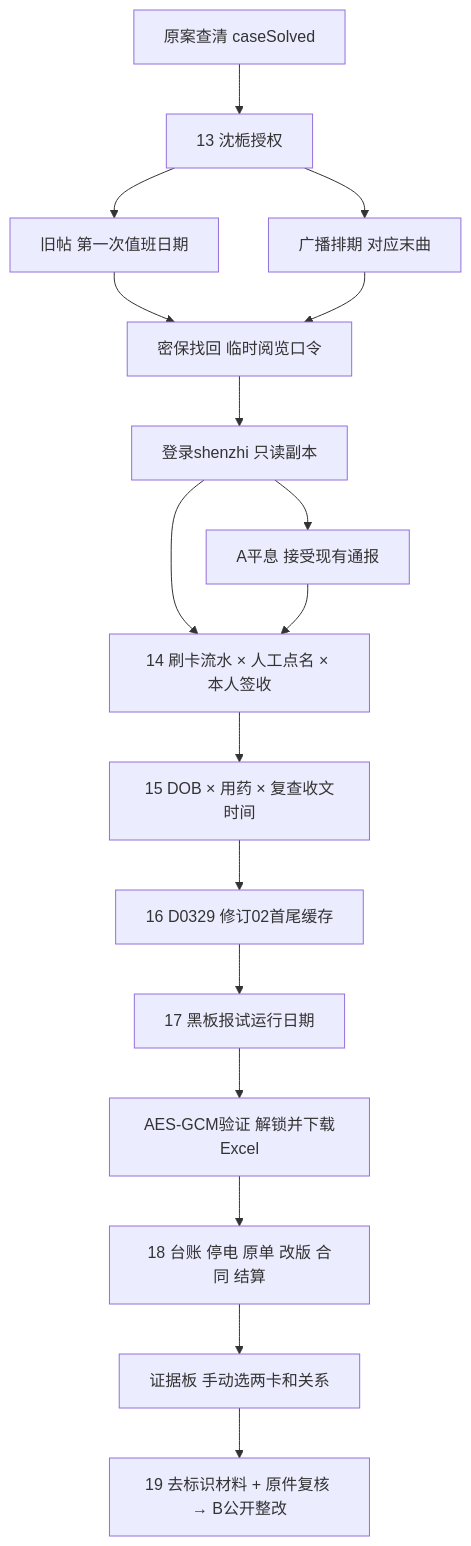
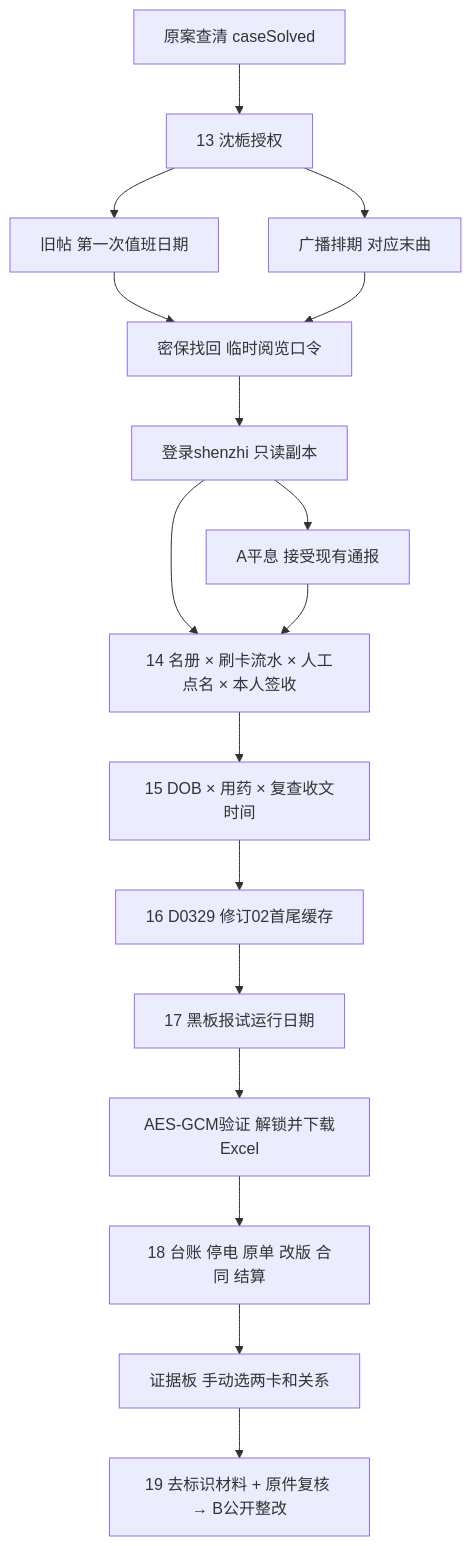
One commit to huaisu17/third-positive-report changed the diagram in docs/EXPANSION-DESIGN.md. Above: the diagram before and after it, drawn with Mermaid. The commit also changed other lines of this file and 18 other files, not shown here.

````diff
--- a/docs/EXPANSION-DESIGN.md
+++ b/docs/EXPANSION-DESIGN.md
@@ -13,19 +13,19 @@
 ```mermaid
 flowchart TD
   O[原案查清 caseSolved] --> N[13 沈栀授权]
   N --> P[旧帖 第一次值班日期]
   N --> R[广播排期 对应末曲]
   P --> K[密保找回 临时阅览口令]
   R --> K
   K --> L[登录shenzhi 只读副本]
-  L --> T[14 刷卡流水 × 人工点名 × 本人签收]
+  L --> T[14 名册 × 刷卡流水 × 人工点名 × 本人签收]
   T --> M[15 DOB × 用药 × 复查收文时间]
   M --> C[16 D0329 修订02首尾缓存]
   C --> F[17 黑板报试运行日期]
   F --> V[AES-GCM验证 解锁并下载Excel]
   V --> E[18 台账 停电 原单 改版 合同 结算]
   E --> B[证据板 手动选两卡和关系]
   B --> Z[19 去标识材料 + 原件复核 → B公开整改]
   L --> A[A平息 接受现有通报]
   A --> T
 ```
````
